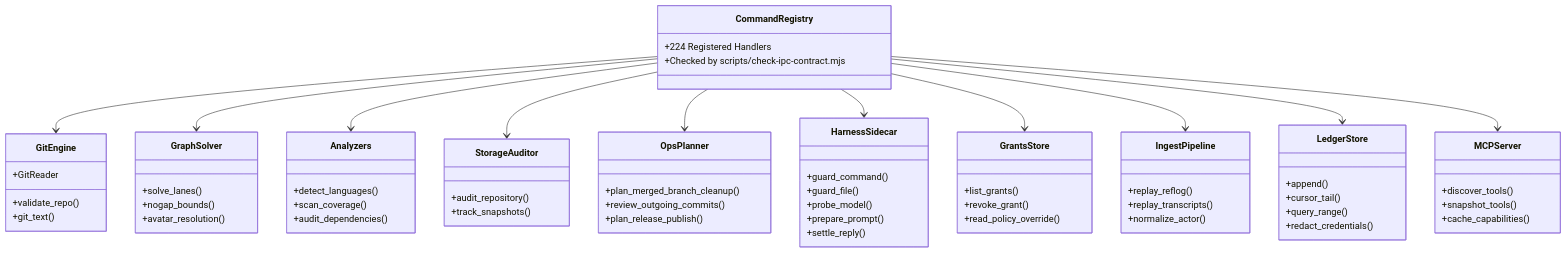
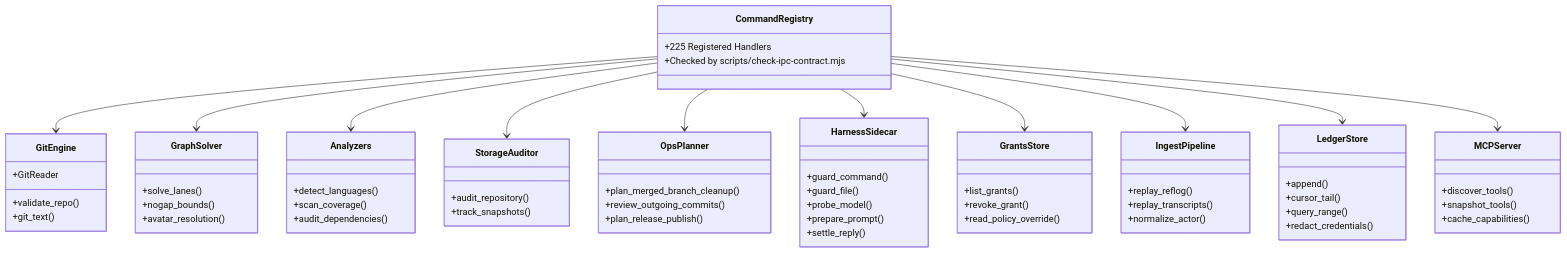
One commit to bharathvbcr/GitPulse changed the third of 4 diagrams in docs/ARCHITECTURE.md. Above: the diagram before and after it, drawn with Mermaid. The commit also changed other lines of this file and 47 other files, not shown here.

Commit message:
feat(delivery): live workflow run polling, delivery timeline, and app hosting rollout monitoring

````diff
--- a/docs/ARCHITECTURE.md
+++ b/docs/ARCHITECTURE.md
@@ -185,70 +185,70 @@
 ```mermaid
 classDiagram
     class CommandRegistry {
-        +224 Registered Handlers
+        +225 Registered Handlers
         +Checked by scripts/check-ipc-contract.mjs
     }
     class GitEngine {
         +validate_repo()
         +git_text()
         +GitReader
     }
     class GraphSolver {
         +solve_lanes()
         +nogap_bounds()
         +avatar_resolution()
     }
     class Analyzers {
         +detect_languages()
         +scan_coverage()
         +audit_dependencies()
     }
     class StorageAuditor {
         +audit_repository()
         +track_snapshots()
     }
     class GrantsStore {
         +list_grants()
         +revoke_grant()
         +read_policy_override()
     }
     class IngestPipeline {
         +replay_reflog()
         +replay_transcripts()
         +normalize_actor()
     }
     class LedgerStore {
         +append()
         +cursor_tail()
         +query_range()
         +redact_credentials()
     }
     class OpsPlanner {
         +plan_merged_branch_cleanup()
         +review_outgoing_commits()
         +plan_release_publish()
     }
     class MCPServer {
         +discover_tools()
         +snapshot_tools()
         +cache_capabilities()
     }
     class HarnessSidecar {
         +guard_command()
         +guard_file()
         +probe_model()
         +prepare_prompt()
         +settle_reply()
     }
 
     CommandRegistry --> GitEngine
     CommandRegistry --> GraphSolver
     CommandRegistry --> Analyzers
     CommandRegistry --> StorageAuditor
     CommandRegistry --> OpsPlanner
     CommandRegistry --> HarnessSidecar
     CommandRegistry --> GrantsStore
     CommandRegistry --> IngestPipeline
     CommandRegistry --> LedgerStore
     CommandRegistry --> MCPServer
 ```
````
